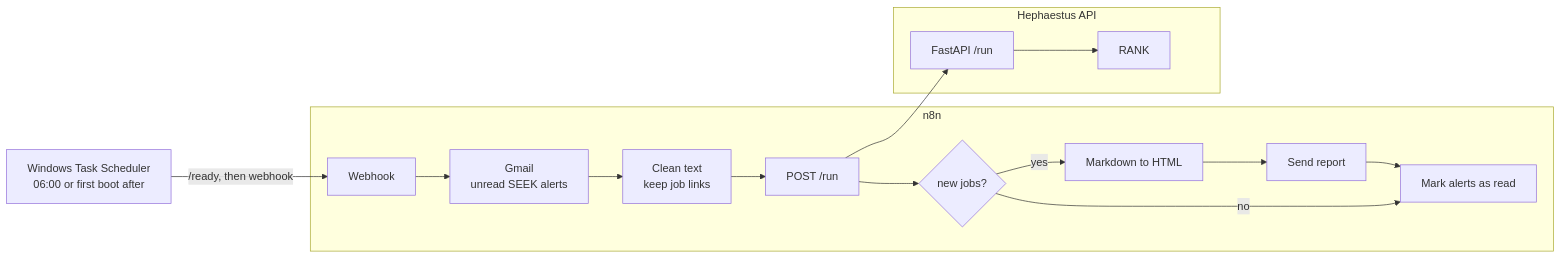
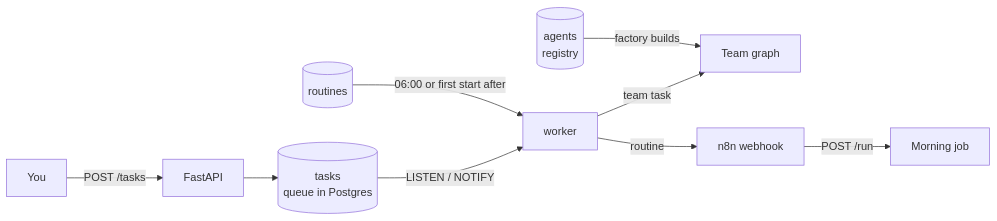
Before and after one commit to JTTrinborg/hephaestus: the first of 4 diagrams in README.md, drawn with Mermaid. The commit also changed other lines of this file and 4 other files, not shown here.

````diff
--- a/README.md
+++ b/README.md
@@ -13,20 +13,11 @@
 ```mermaid
 flowchart LR
-    TS[Windows Task Scheduler<br/>06:00 or first boot after] -->|/ready, then webhook| WH
-
-    subgraph n8n
-        WH[Webhook] --> GM[Gmail<br/>unread SEEK alerts]
-        GM --> CL[Clean text<br/>keep job links]
-        CL --> HR[POST /run]
-        HR --> IF{new jobs?}
-        IF -->|yes| MD[Markdown to HTML] --> SE[Send report]
-        SE --> MR[Mark alerts as read]
-        IF -->|no| MR
-    end
-
-    HR --> API
-
-    subgraph Hephaestus API
-        API[FastAPI /run] --> RANK
-    end
+    YOU[You] -->|POST /tasks| API[FastAPI]
+    API --> Q[(tasks<br/>queue in Postgres)]
+    Q -->|LISTEN / NOTIFY| W[worker]
+    R[(routines)] -->|06:00 or first start after| W
+    W -->|team task| T[Team graph]
+    W -->|routine| N8N[n8n webhook]
+    REG[(agents<br/>registry)] -->|factory builds| T
+    N8N -->|POST /run| MJ[Morning job]
 ```
````
